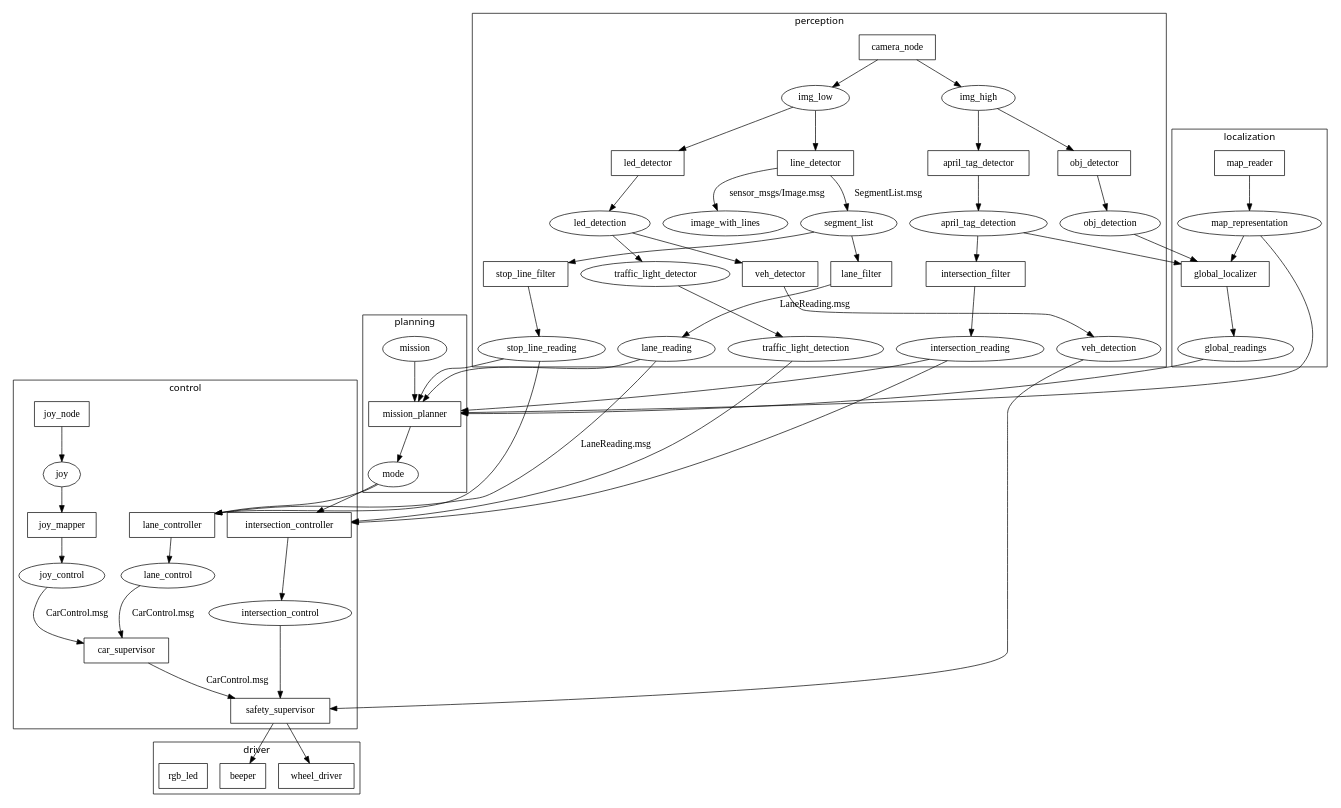
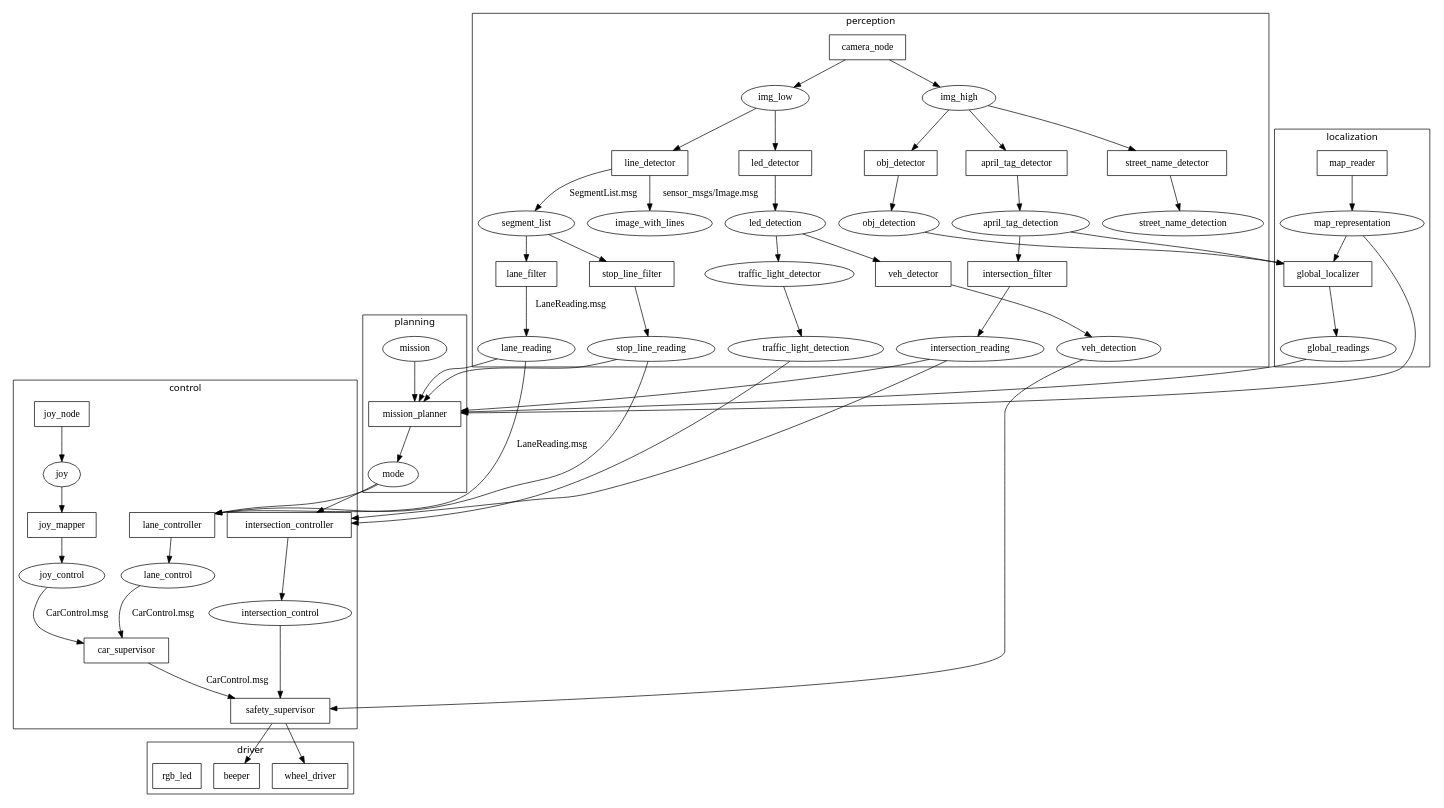
The diagram in ros_diagram/Duckietown_ROS_Diagram.dot (kungfrank/Knight_car), drawn with Graphviz before and after one commit. The commit also changed 1 other file, not shown here.

Commit message:
Add street_name_detector to ROS Diagram.

```diff
--- a/ros_diagram/Duckietown_ROS_Diagram.dot
+++ b/ros_diagram/Duckietown_ROS_Diagram.dot
@@ -38,6 +38,7 @@
 	mission_planner;
 	rgb_led;
 	veh_detector;
+	street_name_detector;
 	//{rank=max; wheel_driver;beeper;rgb_led}
 	//{rank=min; map_reader;joy_node;camera_node}
 
@@ -63,6 +64,7 @@
 	lane_control;
 	joy_control;
 	intersection_control;
+	street_name_detection;
 
 	subgraph cluster_perception{
 		label="perception"
@@ -78,6 +80,7 @@
 		stop_line_filter;
 		traffic_light_detector;
 		intersection_filter;
+		street_name_detector
 		// Topics
 		segment_list;
 		img_low;
@@ -91,6 +94,7 @@
 		stop_line_reading;
 		traffic_light_detection;
 		intersection_reading;
+		street_name_detection;
 	}
 
 	subgraph cluster_control{
@@ -149,6 +153,9 @@
 	img_high->april_tag_detector;
 	img_high->obj_detector;
 
+	img_high->street_name_detector;
+	street_name_detector->street_name_detection;
+
 	led_detector->led_detection;
 	led_detection->veh_detector;
 	led_detection->traffic_light_detector;
```
